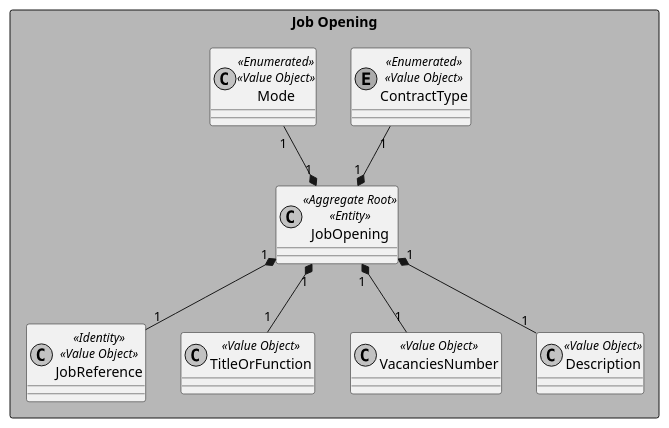
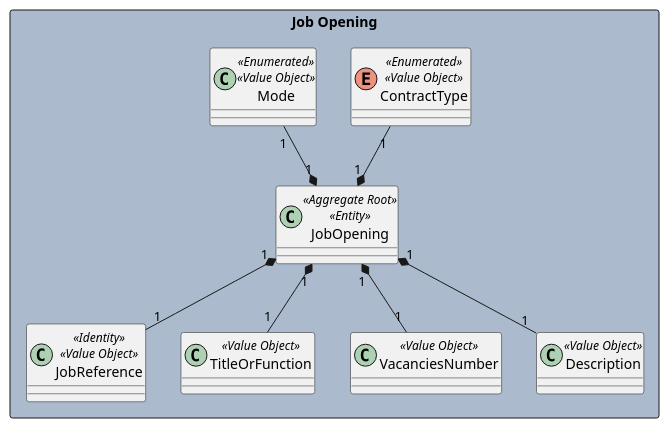
Before and after one commit to marcoferreira37/Lapr4: the diagram in docs/sprintB/1002/1002-domain-model.puml, drawn with PlantUML. The commit also changed 2 other files, not shown here.

```diff
--- a/docs/sprintB/1002/1002-domain-model.puml
+++ b/docs/sprintB/1002/1002-domain-model.puml
@@ -1,37 +1,37 @@
 @startuml
-skinparam monochrome true
+''skinparam monochrome true
 skinparam packageStyle rectangle
 skinparam shadowing false
 
 
 rectangle "Job Opening" #abbacc {
 
     class JobOpening<<Aggregate Root>><<Entity>>{}
 
     class JobReference<<Identity>><<Value Object>>{}
 
     class TitleOrFunction<<Value Object>>{}
 
     enum ContractType<<Enumerated>><<Value Object>>{}
 
     class Mode<<Enumerated>><<Value Object>>{}
 
 
     class VacanciesNumber<<Value Object>>{}
 
     class Description<<Value Object>>{}
 
     ''Maybe go to Interview Model
 
 }
 
 
 
 JobReference "1" -up-* "1" JobOpening
 TitleOrFunction "1" -up-* "1" JobOpening
 ContractType "1" --* "1" JobOpening
 Mode "1" --* "1" JobOpening
 Description "1" -up-* "1" JobOpening
 VacanciesNumber "1" -up-* "1" JobOpening
 
 @enduml
```
